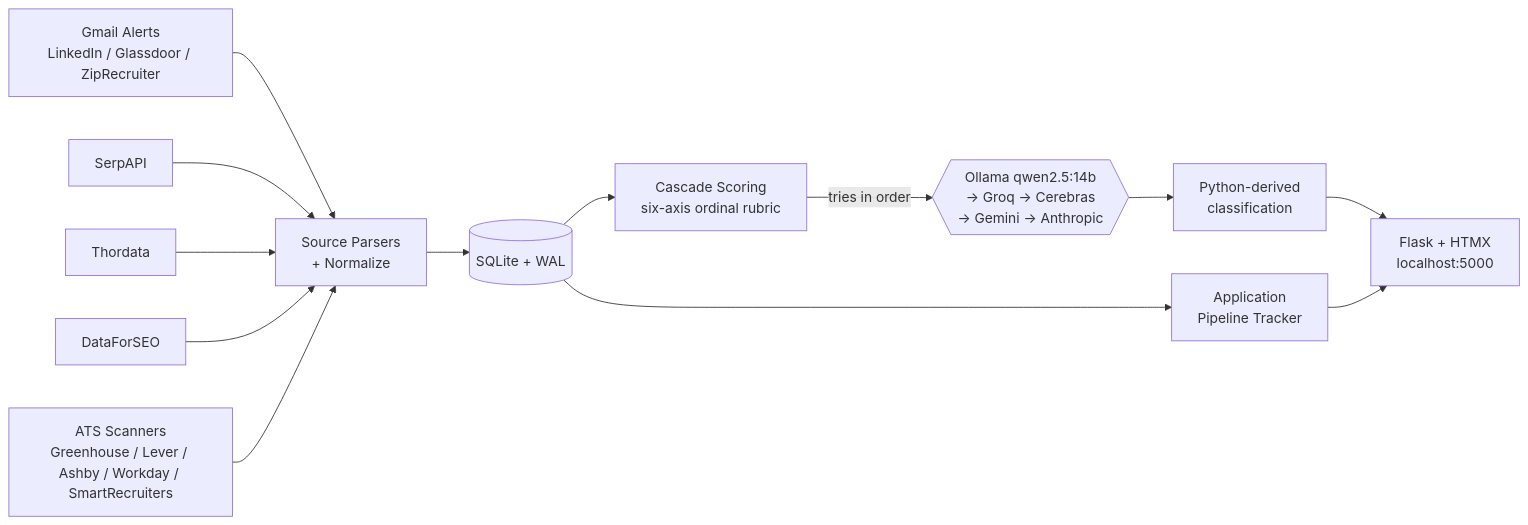
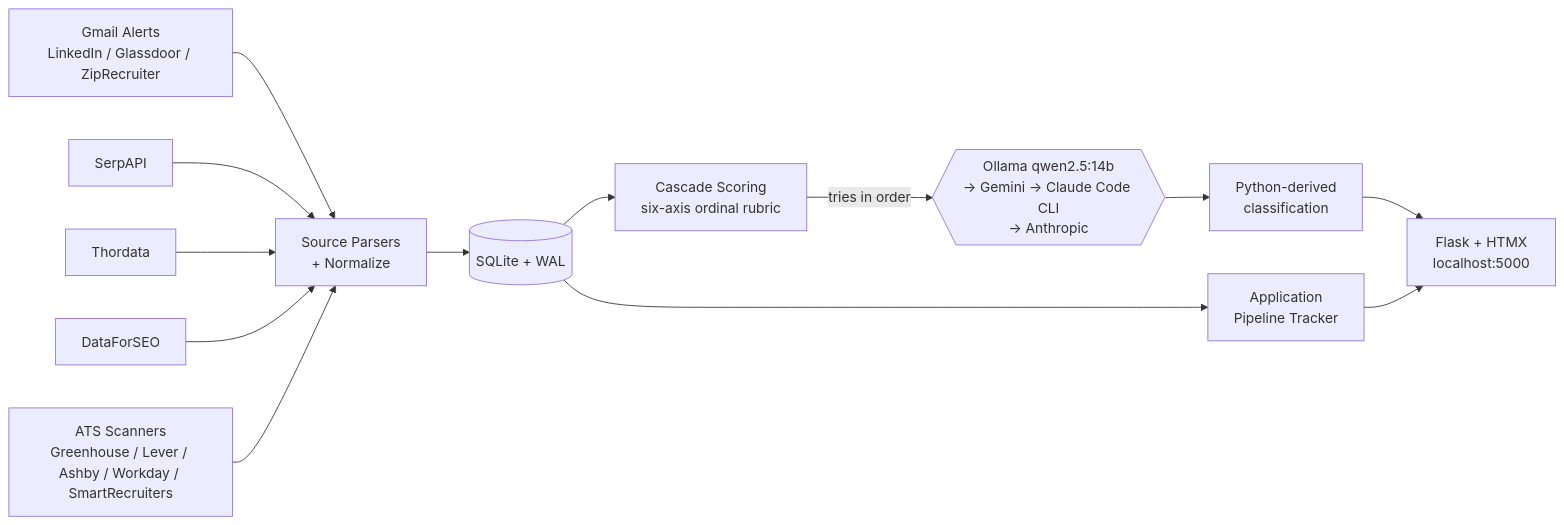
Before and after one commit to Senkichi/job-cannon: the diagram in README.md, drawn with Mermaid. The commit also changed other lines of this file and 11 other files, not shown here.

````diff
--- a/README.md
+++ b/README.md
@@ -81,15 +81,15 @@
 ```mermaid
 flowchart LR
   Gmail[Gmail Alerts<br/>LinkedIn / Glassdoor / ZipRecruiter] --> Parser
   SerpAPI --> Parser
   Thordata --> Parser
   DataForSEO --> Parser
   ATS[ATS Scanners<br/>Greenhouse / Lever / Ashby / Workday / SmartRecruiters] --> Parser
   Parser[Source Parsers<br/>+ Normalize] --> DB[(SQLite + WAL)]
   DB --> Score[Cascade Scoring<br/>six-axis ordinal rubric]
-  Score -->|tries in order| Cascade{{Ollama qwen2.5:14b<br/>→ Groq → Cerebras<br/>→ Gemini → Anthropic}}
+  Score -->|tries in order| Cascade{{Ollama qwen2.5:14b<br/>→ Gemini → Claude Code CLI<br/>→ Anthropic}}
   Cascade --> Classify[Python-derived<br/>classification]
   Classify --> Dashboard[Flask + HTMX<br/>localhost:5000]
   DB --> Pipeline[Application<br/>Pipeline Tracker]
   Pipeline --> Dashboard
 ```
````
